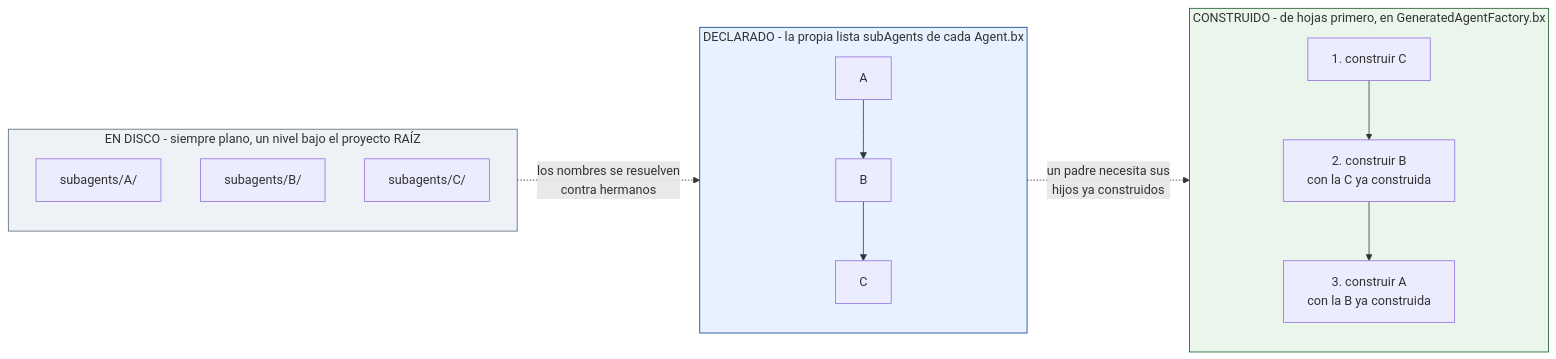
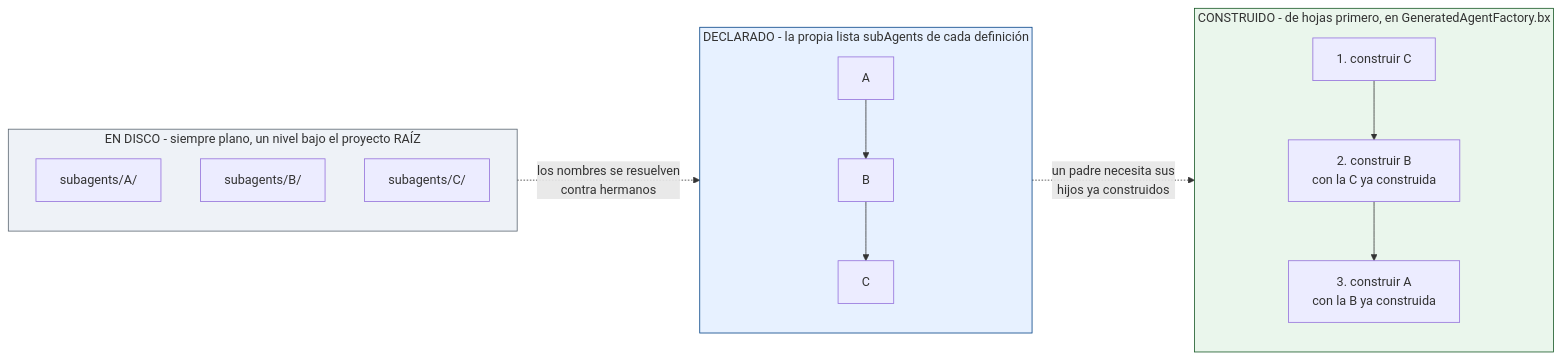
The diagram in docs/versions/1.0.x/i18n/es/conventions/subagents.md (ortus-boxlang/bx-agents), drawn with Mermaid before and after one commit. The commit also changed other lines of this file and 110 other files, not shown here.

````diff
--- a/docs/versions/1.0.x/i18n/es/conventions/subagents.md
+++ b/docs/versions/1.0.x/i18n/es/conventions/subagents.md
@@ -54,26 +43,26 @@
 ```mermaid
 flowchart LR
     subgraph disk["EN DISCO - siempre plano, un nivel bajo el proyecto RAÍZ"]
         direction TB
         R1["subagents/A/"]
         R2["subagents/B/"]
         R3["subagents/C/"]
     end
 
-    subgraph declared["DECLARADO - la propia lista subAgents de cada Agent.bx"]
+    subgraph declared["DECLARADO - la propia lista subAgents de cada definición"]
         direction TB
         GA["A"] --> GB["B"] --> GC["C"]
     end
 
     subgraph built["CONSTRUIDO - de hojas primero, en GeneratedAgentFactory.bx"]
         direction TB
         O1["1. construir C"] --> O2["2. construir B<br/>con la C ya construida"] --> O3["3. construir A<br/>con la B ya construida"]
     end
 
     disk -.->|"los nombres se resuelven<br/>contra hermanos"| declared
     declared -.->|"un padre necesita sus<br/>hijos ya construidos"| built
 
     style disk fill:#eef2f7,stroke:#5a6570
     style declared fill:#e7f1ff,stroke:#004085
     style built fill:#eaf6ec,stroke:#155724
 ```
````
